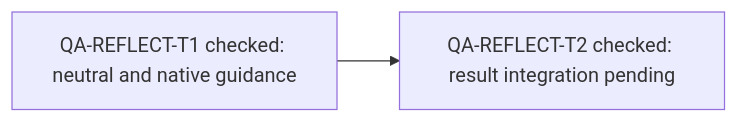
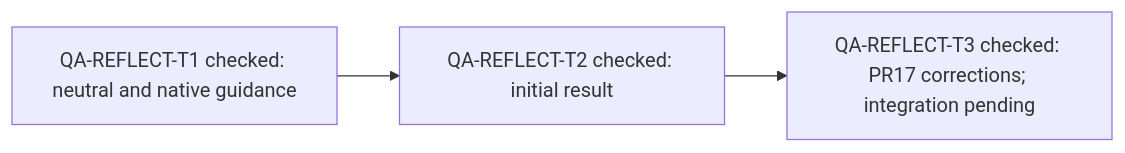
Before and after one commit to dm-uy/galaxica-sombrero: the first of 5 diagrams in examples/pm-project/ROADMAP.md, drawn with Mermaid. The commit also changed other lines of this file and 11 other files, not shown here.

````diff
--- a/examples/pm-project/ROADMAP.md
+++ b/examples/pm-project/ROADMAP.md
@@ -7,4 +7,5 @@
 ```mermaid
 flowchart LR
-    QRT1["QA-REFLECT-T1 checked: neutral and native guidance"] --> QRT2["QA-REFLECT-T2 checked: result integration pending"]
+    QRT1["QA-REFLECT-T1 checked: neutral and native guidance"] --> QRT2["QA-REFLECT-T2 checked: initial result"]
+    QRT2 --> QRT3["QA-REFLECT-T3 checked: PR17 corrections; integration pending"]
 ```
````
